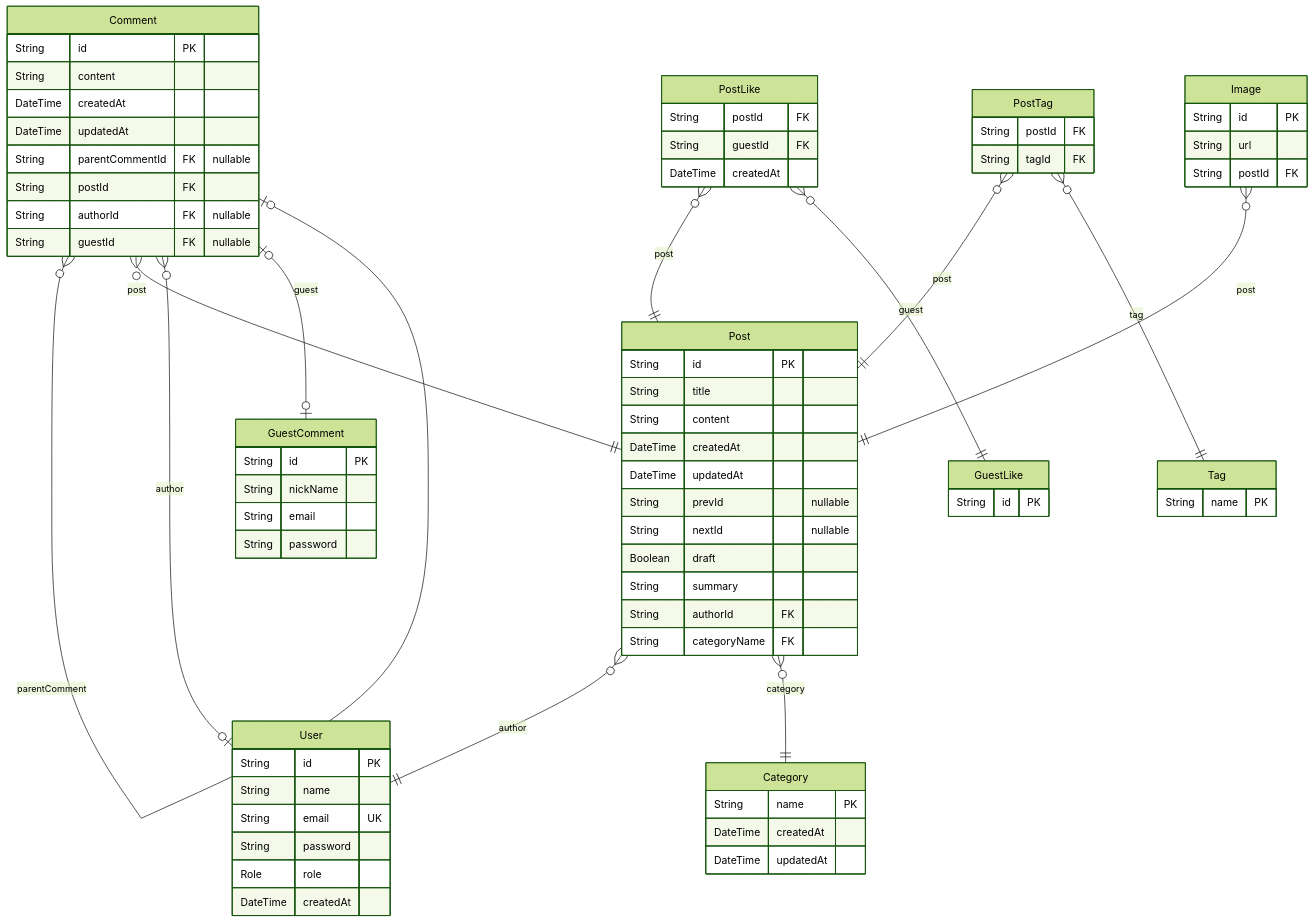
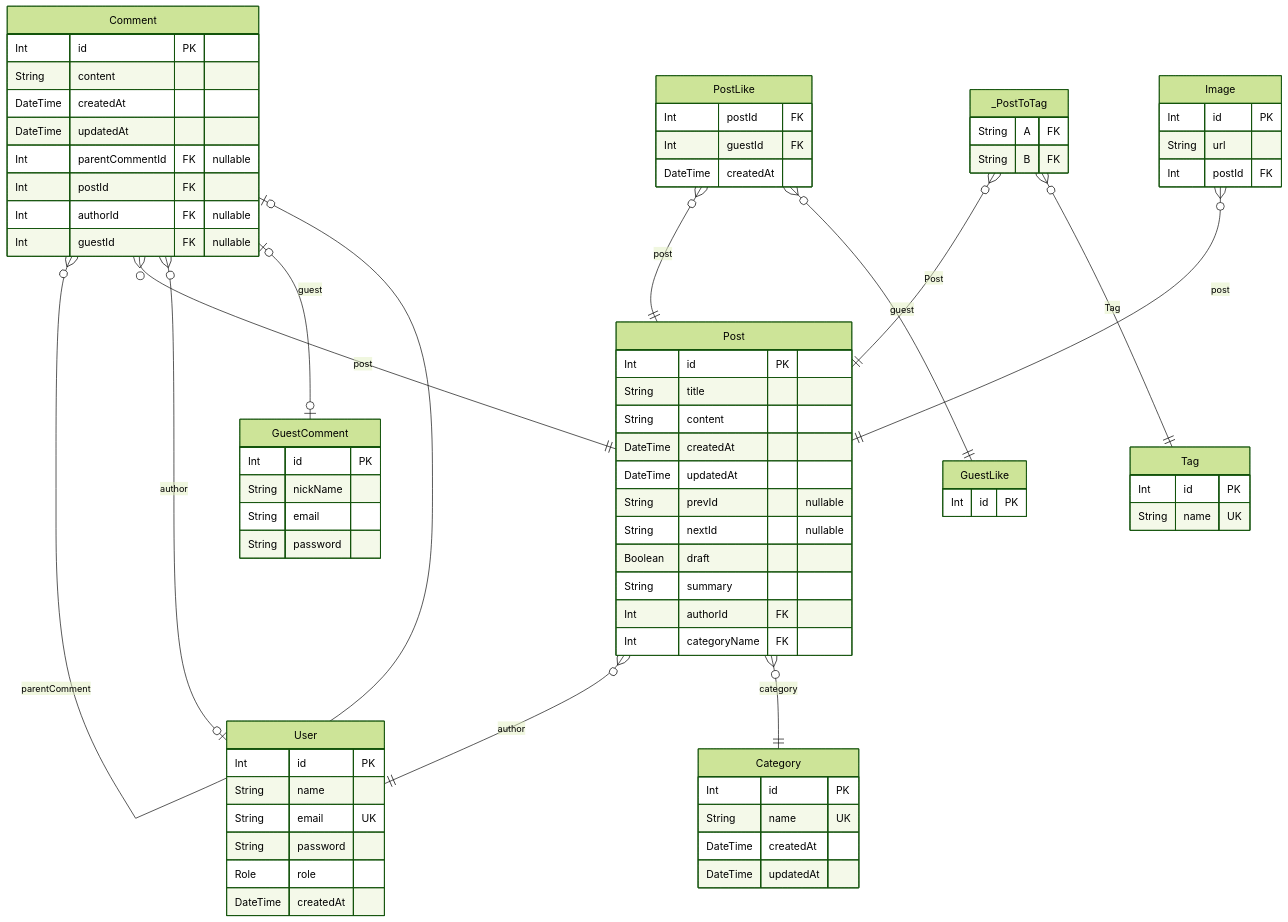
Before and after one commit to JongDeug/blog-backend: the diagram in prisma/schema/ERD.md, drawn with Mermaid (forest theme). The commit also changed other lines of this file and 24 other files, not shown here.

````diff
--- a/prisma/schema/ERD.md
+++ b/prisma/schema/ERD.md
@@ -7,76 +7,78 @@
 ```mermaid
 erDiagram
 "GuestComment" {
-  String id PK
+  Int id PK
   String nickName
   String email
   String password
 }
 "GuestLike" {
-  String id PK
+  Int id PK
 }
 "Category" {
-  String name PK
+  Int id PK
+  String name UK
   DateTime createdAt
   DateTime updatedAt
 }
 "Comment" {
-  String id PK
+  Int id PK
   String content
   DateTime createdAt
   DateTime updatedAt
-  String parentCommentId FK "nullable"
-  String postId FK
-  String authorId FK "nullable"
-  String guestId FK "nullable"
+  Int parentCommentId FK "nullable"
+  Int postId FK
+  Int authorId FK "nullable"
+  Int guestId FK "nullable"
 }
 "Image" {
-  String id PK
+  Int id PK
   String url
-  String postId FK
+  Int postId FK
 }
 "PostLike" {
-  String postId FK
-  String guestId FK
+  Int postId FK
+  Int guestId FK
   DateTime createdAt
 }
 "Post" {
-  String id PK
+  Int id PK
   String title
   String content
   DateTime createdAt
   DateTime updatedAt
   String prevId "nullable"
   String nextId "nullable"
   Boolean draft
   String summary
-  String authorId FK
-  String categoryName FK
-}
-"PostTag" {
-  String postId FK
-  String tagId FK
+  Int authorId FK
+  Int categoryName FK
 }
 "Tag" {
-  String name PK
+  Int id PK
+  String name UK
 }
 "User" {
-  String id PK
+  Int id PK
   String name
   String email UK
   String password
   Role role
   DateTime createdAt
+}
+"_PostToTag" {
+  String A FK
+  String B FK
 }
 "Comment" }o--o| "Comment" : parentComment
 "Comment" }o--|| "Post" : post
 "Comment" }o--o| "User" : author
 "Comment" |o--o| "GuestComment" : guest
 "Image" }o--|| "Post" : post
 "PostLike" }o--|| "Post" : post
 "PostLike" }o--|| "GuestLike" : guest
 "Post" }o--|| "User" : author
 "Post" }o--|| "Category" : category
-"PostTag" }o--|| "Post" : post
-"PostTag" }o--|| "Tag" : tag
+"_PostToTag" }o--|| "Post" : Post
+"_PostToTag" }o--|| "Tag" : Tag
 ```
````
